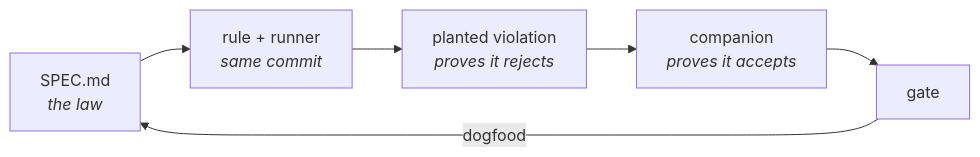
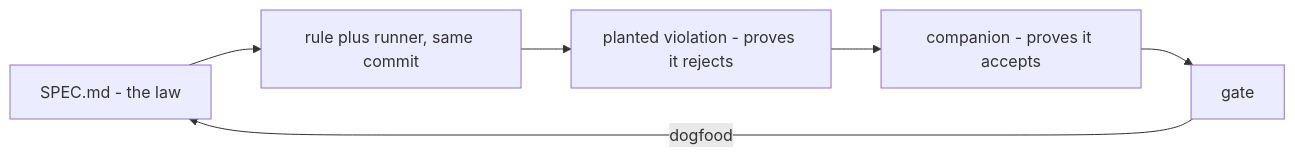
The fourth of 4 diagrams in INTEGRATION.md (pr0d1r2/microlith), drawn with Mermaid before and after one commit. The commit also changed other lines of this file, not shown here.

First line of the commit message:
docs(integration): mermaid that renders on GitLab too, not only GitHub

````diff
--- a/INTEGRATION.md
+++ b/INTEGRATION.md
@@ -109,8 +106,8 @@
 ```mermaid
-flowchart LR
-    S["SPEC.md<br/><i>the law</i>"] --> R["rule + runner<br/><i>same commit</i>"]
-    R --> P["planted violation<br/><i>proves it rejects</i>"]
-    P --> C["companion<br/><i>proves it accepts</i>"]
+graph LR
+    S["SPEC.md - the law"] --> R["rule plus runner, same commit"]
+    R --> P["planted violation - proves it rejects"]
+    P --> C["companion - proves it accepts"]
     C --> G["gate"]
-    G -->|"dogfood"| S
+    G -->|dogfood| S
 ```
````
